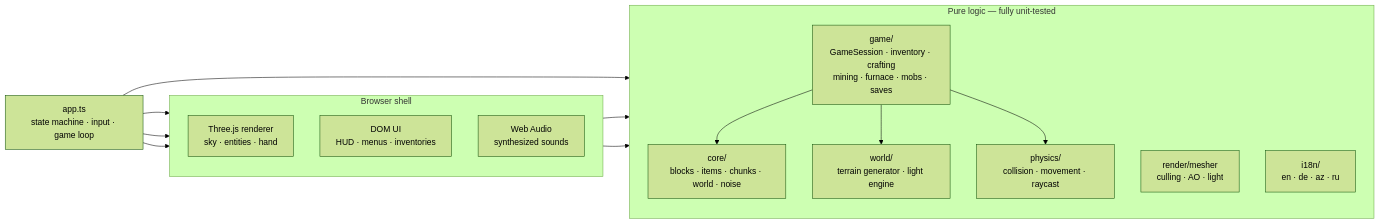
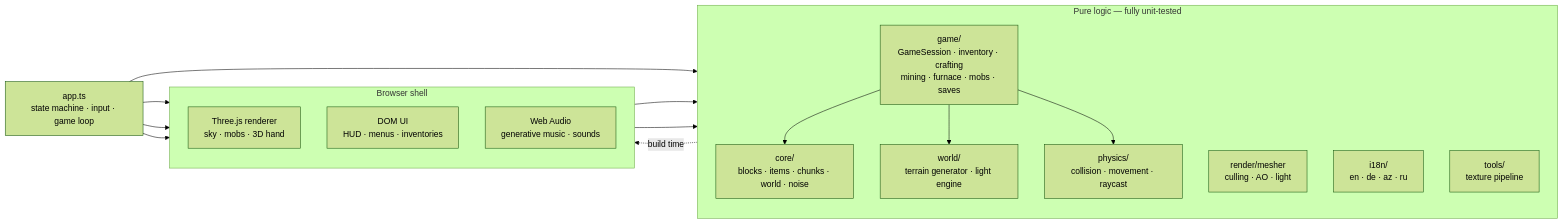
The diagram in README.md (Elkhan-Isayev/voxelcraft), drawn with Mermaid (forest theme) before and after one commit. The commit also changed other lines of this file and 7 other files, not shown here.

Commit message:
README: generated textures, 3D hand, music, new screenshots

````diff
--- a/README.md
+++ b/README.md
@@ -165,26 +181,28 @@
 ```mermaid
 flowchart LR
   subgraph Core["Pure logic — fully unit-tested"]
     direction TB
     W["core/<br/>blocks · items · chunks · world · noise"]
     G["world/<br/>terrain generator · light engine"]
     P["physics/<br/>collision · movement · raycast"]
     S["game/<br/>GameSession · inventory · crafting<br/>mining · furnace · mobs · saves"]
     M["render/mesher<br/>culling · AO · light"]
     L["i18n/<br/>en · de · az · ru"]
+    T["tools/<br/>texture pipeline"]
   end
   subgraph Shell["Browser shell"]
     direction TB
-    R["Three.js renderer<br/>sky · entities · hand"]
+    R["Three.js renderer<br/>sky · mobs · 3D hand"]
     U["DOM UI<br/>HUD · menus · inventories"]
-    A["Web Audio<br/>synthesized sounds"]
+    A["Web Audio<br/>generative music · sounds"]
   end
   App["app.ts<br/>state machine · input · game loop"]
   App --> S
   App --> R
   App --> U
   App --> A
   S --> W & G & P
   R --> M
   U --> L
+  T -.->|build time| R
 ```
````
